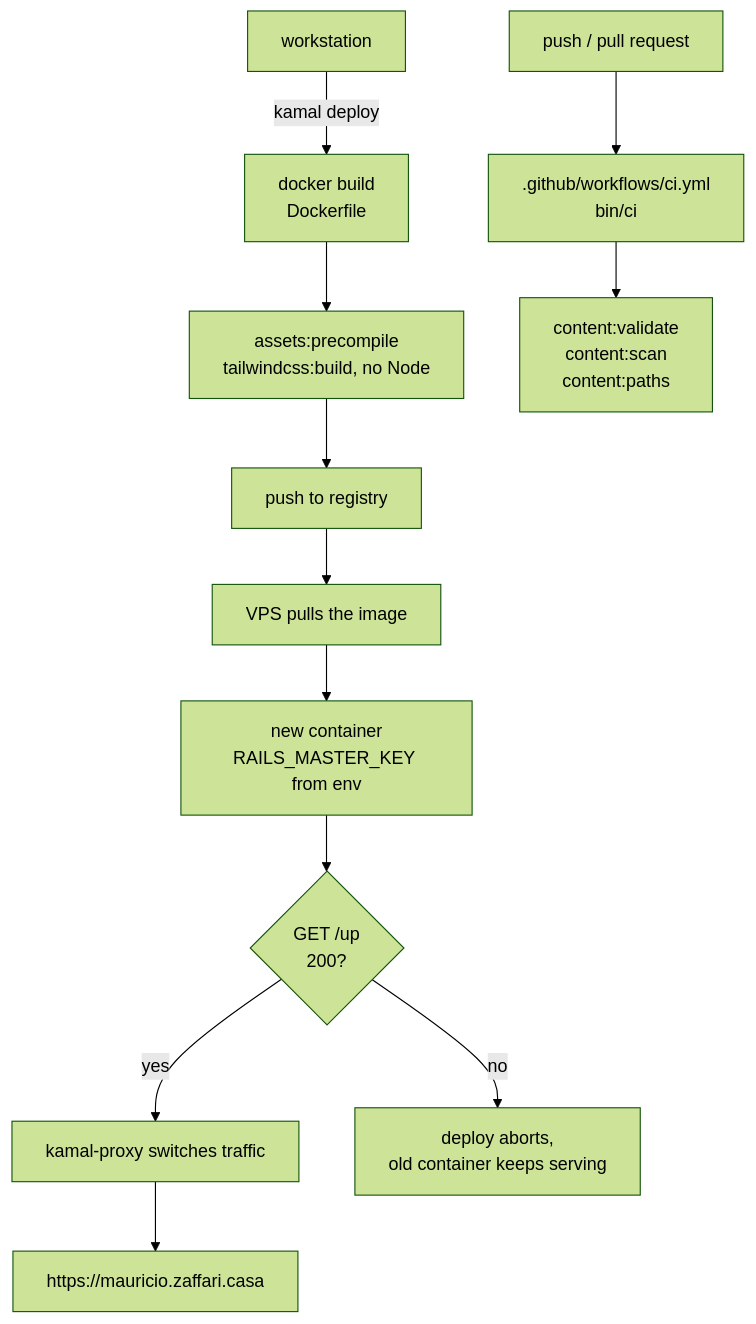
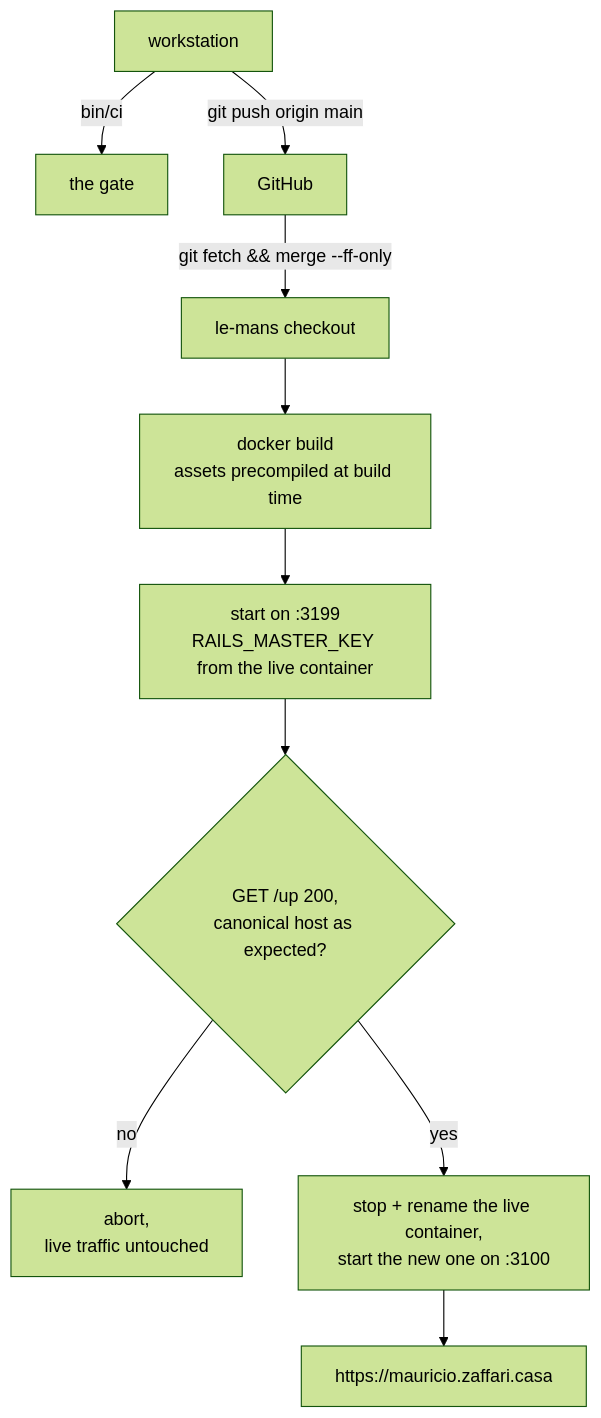
The diagram in features/deployment/IMPLEMENTATION.md (mauriciozaffari/portfolio), drawn with Mermaid (forest theme) before and after one commit. The commit also changed other lines of this file and 4 other files, not shown here.

````diff
--- a/features/deployment/IMPLEMENTATION.md
+++ b/features/deployment/IMPLEMENTATION.md
@@ -21,14 +51,12 @@
 ```mermaid
 flowchart TD
-  DEV["workstation"] -->|kamal deploy| BUILD["docker build<br/>Dockerfile"]
-  BUILD --> ASSETS["assets:precompile<br/>tailwindcss:build, no Node"]
-  ASSETS --> PUSH["push to registry"]
-  PUSH --> PULL["VPS pulls the image"]
-  PULL --> NEW["new container<br/>RAILS_MASTER_KEY from env"]
-  NEW --> HC{"GET /up<br/>200?"}
-  HC -->|yes| SWAP["kamal-proxy switches traffic"]
-  HC -->|no| ABORT["deploy aborts,<br/>old container keeps serving"]
+  DEV["workstation"] -->|"bin/ci"| GATE["the gate"]
+  DEV -->|"git push origin main"| GH["GitHub"]
+  GH -->|"git fetch && merge --ff-only"| SRC["le-mans checkout"]
+  SRC --> BUILD["docker build<br/>assets precompiled at build time"]
+  BUILD --> PROBE["start on :3199<br/>RAILS_MASTER_KEY from the live container"]
+  PROBE --> HC{"GET /up 200,<br/>canonical host as expected?"}
+  HC -->|no| ABORT["abort,<br/>live traffic untouched"]
+  HC -->|yes| SWAP["stop + rename the live container,<br/>start the new one on :3100"]
   SWAP --> LIVE["https://mauricio.zaffari.casa"]
-  GH["push / pull request"] --> CI[".github/workflows/ci.yml<br/>bin/ci"]
-  CI --> GATE["content:validate<br/>content:scan<br/>content:paths"]
 ```
````
